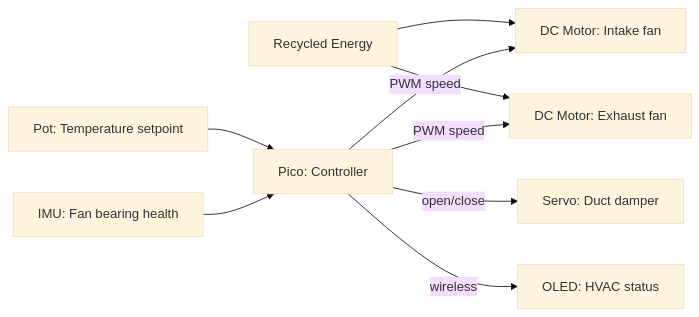
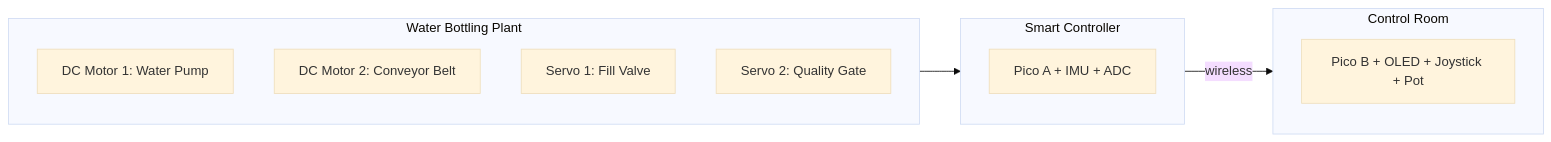
Before and after one commit to doyun-gu/hack-a-bot-2026: the sixth of 18 diagrams in docs/gridbox-proposal.md, drawn with Mermaid (base theme). The commit also changed other lines of this file, not shown here.

First line of the commit message:
Add Smart Water Bottling Plant scenario with full production cycle

````diff
--- a/docs/gridbox-proposal.md
+++ b/docs/gridbox-proposal.md
@@ -153,11 +168,20 @@
 ```mermaid
 graph LR
-    ENERGY[Recycled Energy] --> FAN[DC Motor: Intake fan]
-    ENERGY --> EXHAUST[DC Motor: Exhaust fan]
-    POT[Pot: Temperature setpoint] --> PICO[Pico: Controller]
-    IMU[IMU: Fan bearing health] --> PICO
-    PICO -->|PWM speed| FAN
-    PICO -->|PWM speed| EXHAUST
-    PICO -->|open/close| DAMPER[Servo: Duct damper]
-    PICO -->|wireless| DASH[OLED: HVAC status]
+    subgraph PLANT["Water Bottling Plant"]
+        PUMP[DC Motor 1: Water Pump]
+        CONV[DC Motor 2: Conveyor Belt]
+        VALVE[Servo 1: Fill Valve]
+        GATE[Servo 2: Quality Gate]
+    end
+
+    subgraph CONTROL["Smart Controller"]
+        PICO[Pico A + IMU + ADC]
+    end
+
+    subgraph SCADA["Control Room"]
+        DASH[Pico B + OLED + Joystick + Pot]
+    end
+
+    PLANT --> CONTROL
+    CONTROL -->|wireless| SCADA
 ```
````
